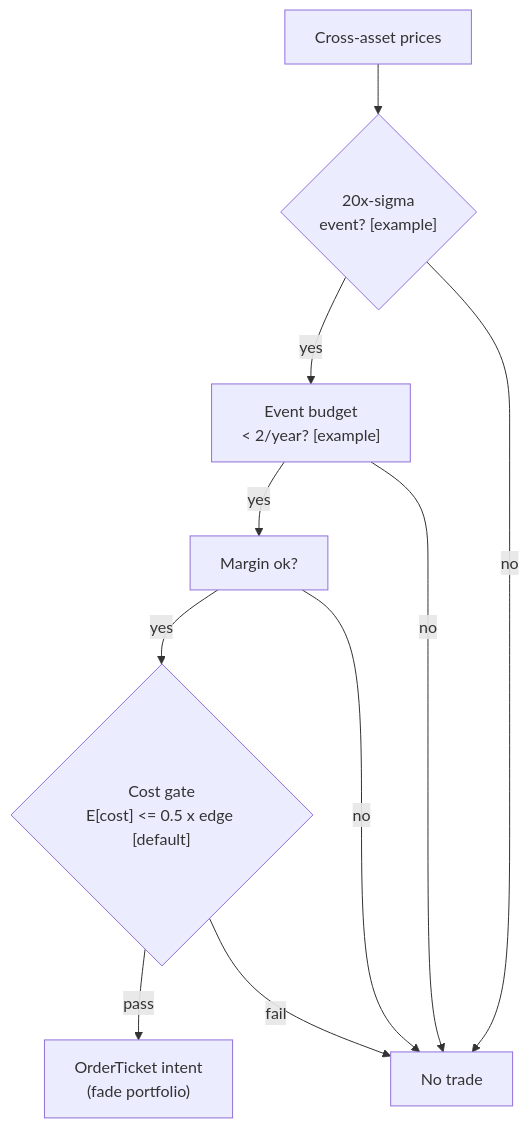
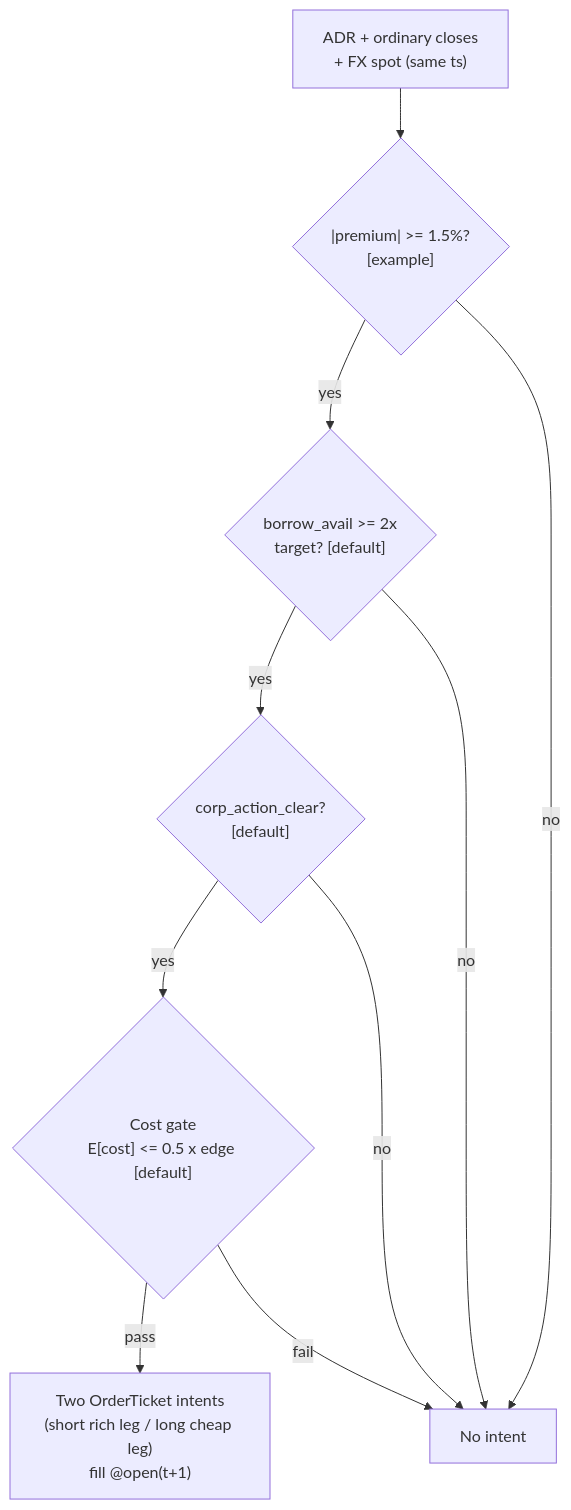
The diagram in modules/strategies/T099.md (praveenguptahcl/quant-signals-deep), drawn with Mermaid before and after one commit. The commit also changed other lines of this file and 275 other files, not shown here.

````diff
--- a/modules/strategies/T099.md
+++ b/modules/strategies/T099.md
@@ -525,12 +765,12 @@
 ```mermaid
 flowchart TD
-    XAST["Cross-asset prices"] --> EV{"20x-sigma\nevent? [example]"} 
-    EV -->|yes| BUDG["Event budget\n< 2/year? [example]"]
-    EV -->|no| DROP["No trade"]
-    BUDG -->|yes| MARG["Margin ok?"]
-    BUDG -->|no| DROP
-    MARG -->|yes| COST{"Cost gate\nE[cost] <= 0.5 x edge [default]"}
-    MARG -->|no| DROP
-    COST -->|pass| OUT["OrderTicket intent\n(fade portfolio)"]
+    PX["ADR + ordinary closes\n+ FX spot (same ts)"] --> PREM{"|premium| >= 1.5%?\n[example]"}
+    PREM -->|yes| BOR{"borrow_avail >= 2x\ntarget? [default]"}
+    PREM -->|no| DROP["No intent"]
+    BOR -->|yes| CAL{"corp_action_clear?\n[default]"}
+    BOR -->|no| DROP
+    CAL -->|yes| COST{"Cost gate\nE[cost] <= 0.5 x edge [default]"}
+    CAL -->|no| DROP
+    COST -->|pass| LEGS["Two OrderTicket intents\n(short rich leg / long cheap leg)\nfill @open(t+1)"]
     COST -->|fail| DROP
 ```
````
